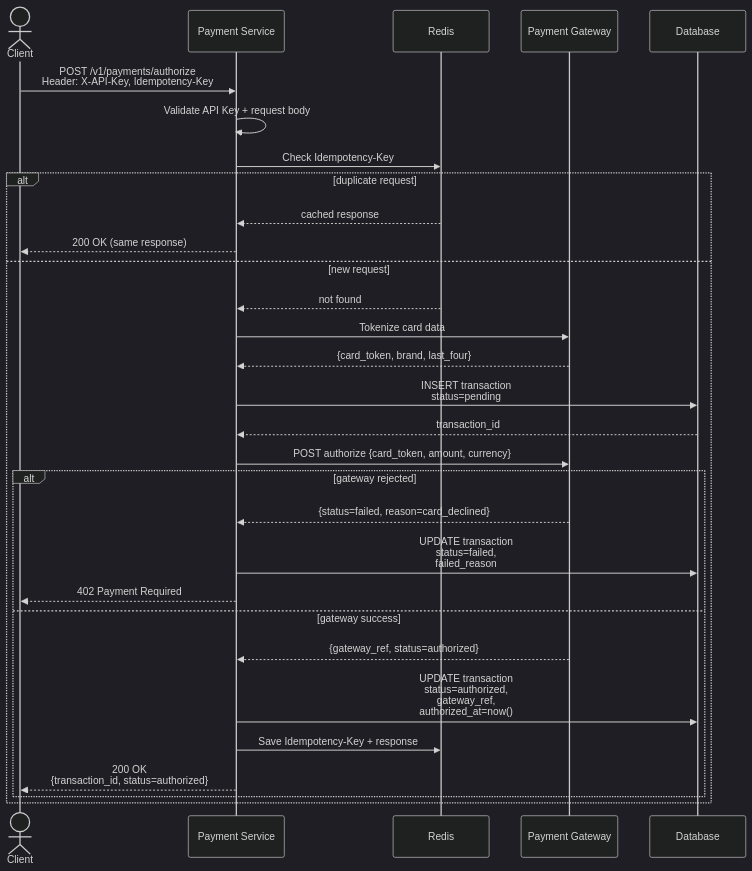
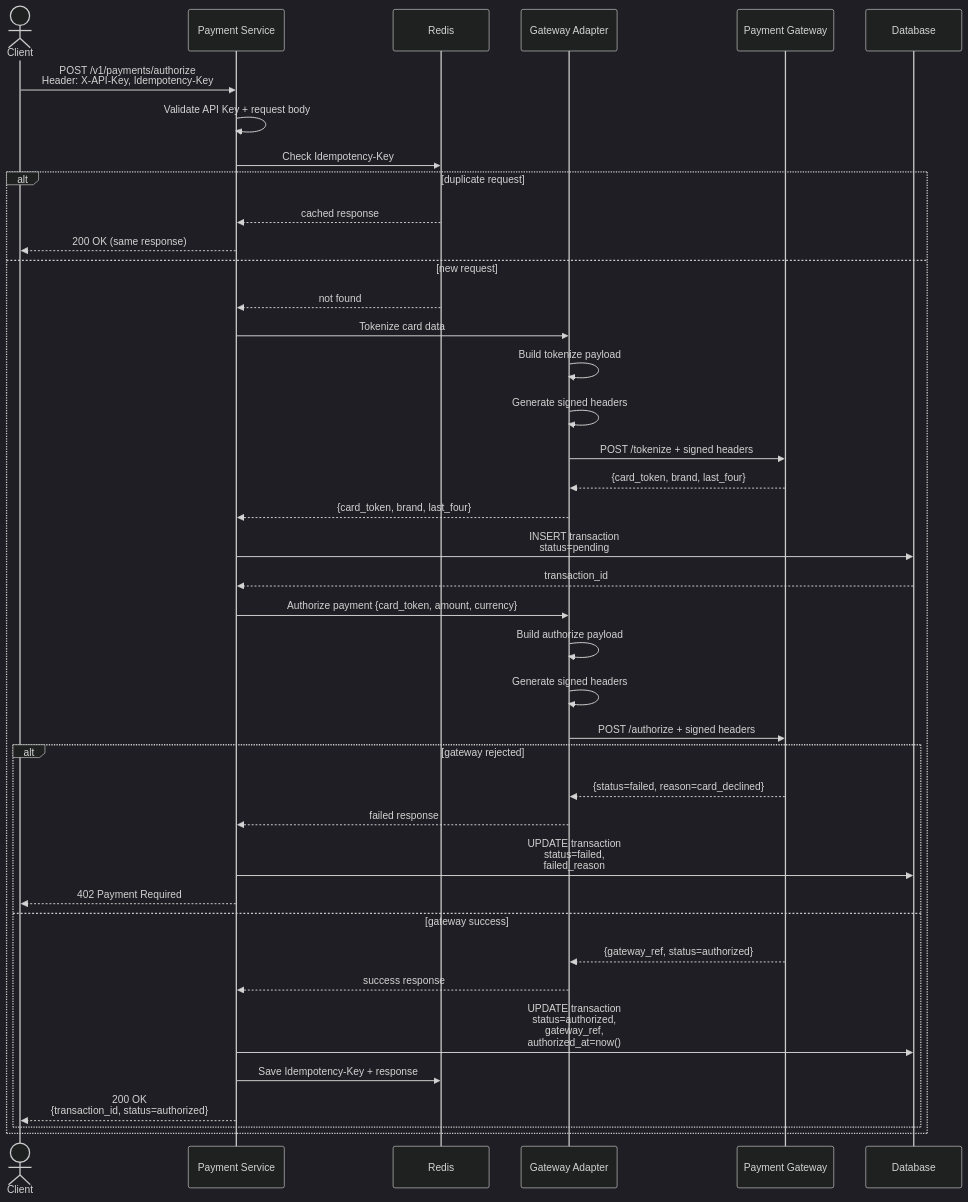
Before and after one commit to Noppawat3939/card-payment-service: the fifth of 7 diagrams in readme.md, drawn with Mermaid (dark theme). The commit also changed 11 other files, not shown here.

````diff
--- a/readme.md
+++ b/readme.md
@@ -448,38 +448,50 @@
 ```mermaid
 sequenceDiagram
     actor C as Client
     participant S as Payment Service
     participant R as Redis
-    participant GW as Payment Gateway
+    participant GW as Gateway Adapter
+    participant PG as Payment Gateway
     participant DB as Database
 
     C->>S: POST /v1/payments/authorize<br/>Header: X-API-Key, Idempotency-Key
     S->>S: Validate API Key + request body
     S->>R: Check Idempotency-Key
 
     alt duplicate request
         R-->>S: cached response
         S-->>C: 200 OK (same response)
+
     else new request
         R-->>S: not found
 
         S->>GW: Tokenize card data
+        GW->>GW: Build tokenize payload
+        GW->>GW: Generate signed headers
+        GW->>PG: POST /tokenize + signed headers
+        PG-->>GW: {card_token, brand, last_four}
         GW-->>S: {card_token, brand, last_four}
 
         S->>DB: INSERT transaction<br/>status=pending
         DB-->>S: transaction_id
 
-        S->>GW: POST authorize {card_token, amount, currency}
+        S->>GW: Authorize payment {card_token, amount, currency}
+        GW->>GW: Build authorize payload
+        GW->>GW: Generate signed headers
+        GW->>PG: POST /authorize + signed headers
 
         alt gateway rejected
-            GW-->>S: {status=failed, reason=card_declined}
+            PG-->>GW: {status=failed, reason=card_declined}
+            GW-->>S: failed response
             S->>DB: UPDATE transaction<br/>status=failed,<br/>failed_reason
             S-->>C: 402 Payment Required
+
         else gateway success
-            GW-->>S: {gateway_ref, status=authorized}
+            PG-->>GW: {gateway_ref, status=authorized}
+            GW-->>S: success response
             S->>DB: UPDATE transaction<br/>status=authorized,<br/>gateway_ref,<br/>authorized_at=now()
             S->>R: Save Idempotency-Key + response
             S-->>C: 200 OK<br/>{transaction_id, status=authorized}
         end
     end
 ```
````
